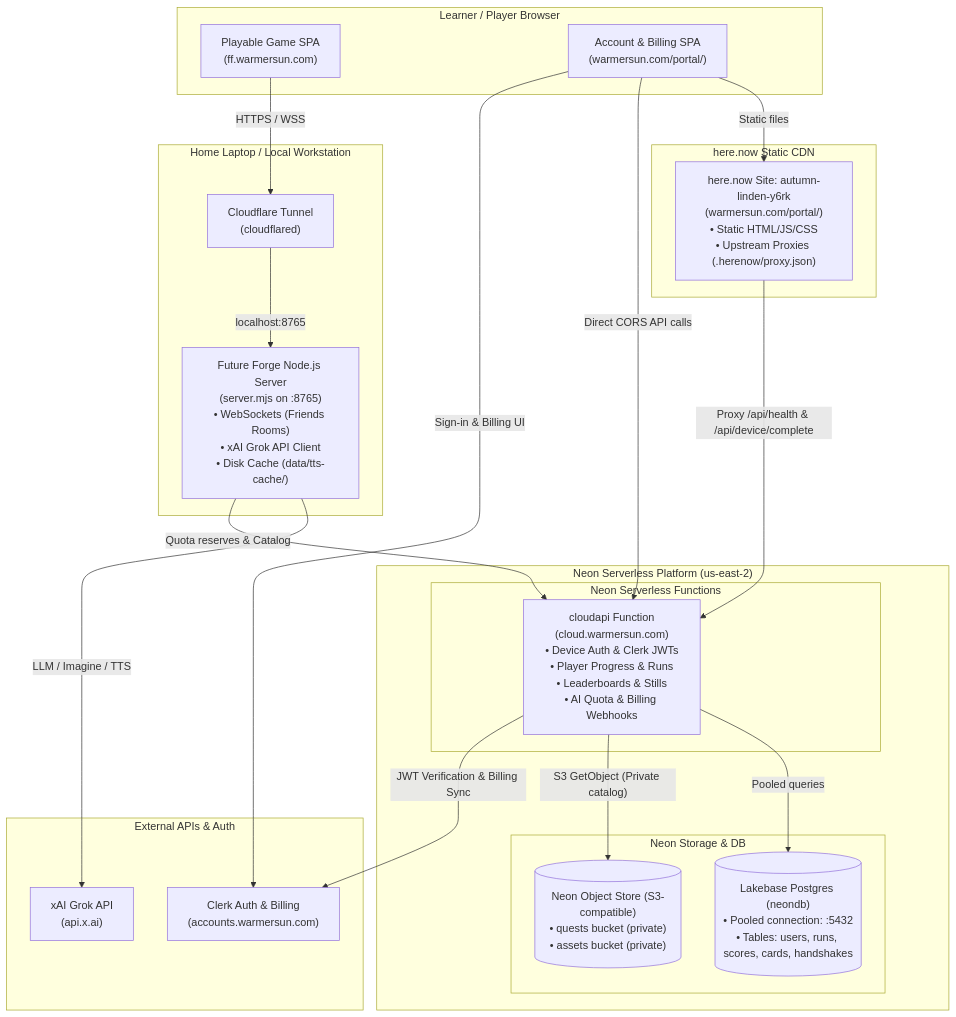
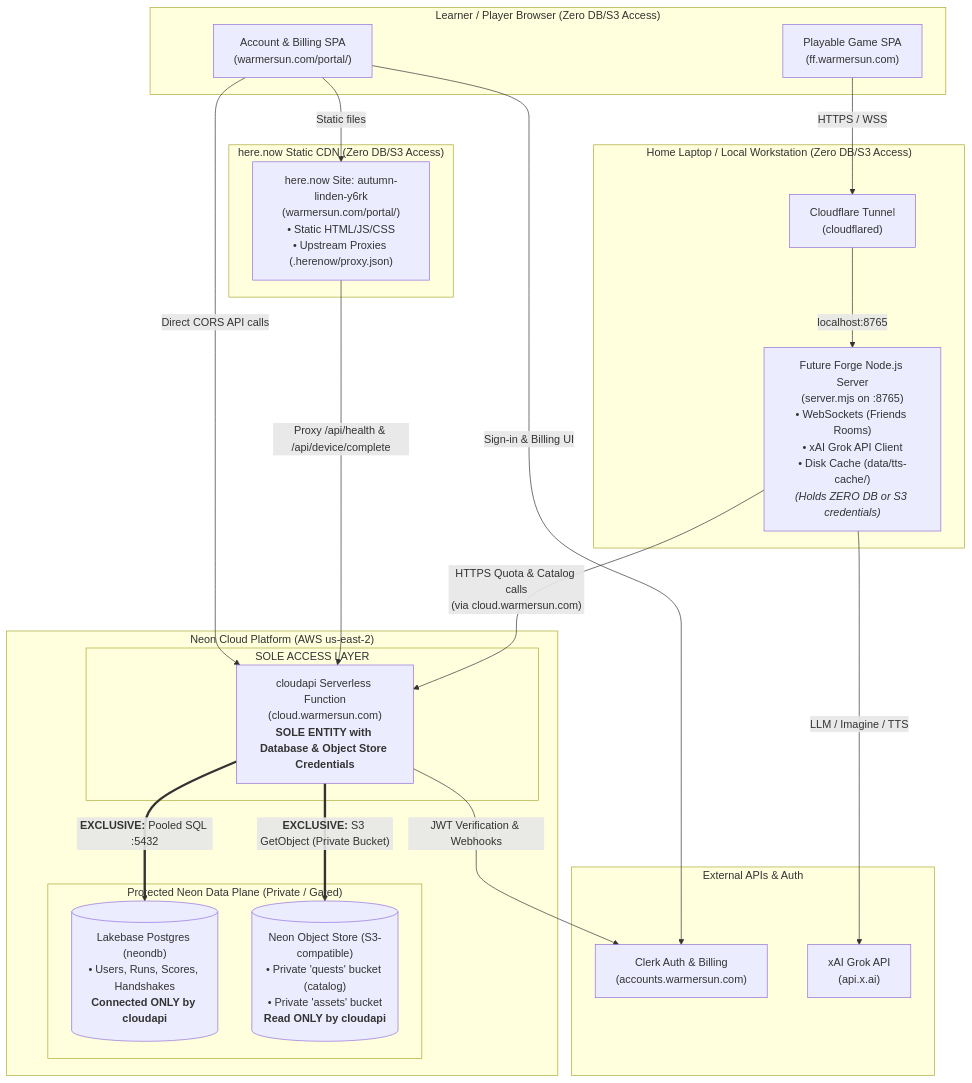
Before and after one commit to warmersun/future-forge: the diagram in docs/deployment-and-environments.md, drawn with Mermaid. The commit also changed other lines of this file, not shown here.

````diff
--- a/docs/deployment-and-environments.md
+++ b/docs/deployment-and-environments.md
@@ -9,47 +9,48 @@
 ```mermaid
 flowchart TB
-    subgraph Browser["Learner / Player Browser"]
+    subgraph Browser["Learner / Player Browser (Zero DB/S3 Access)"]
         GameClient["Playable Game SPA<br/>(ff.warmersun.com)"]
         PortalClient["Account & Billing SPA<br/>(warmersun.com/portal/)"]
     end
 
-    subgraph HomeLaptop["Home Laptop / Local Workstation"]
+    subgraph HomeLaptop["Home Laptop / Local Workstation (Zero DB/S3 Access)"]
         CFTunnel["Cloudflare Tunnel<br/>(cloudflared)"]
-        GameServer["Future Forge Node.js Server<br/>(server.mjs on :8765)<br/>• WebSockets (Friends Rooms)<br/>• xAI Grok API Client<br/>• Disk Cache (data/tts-cache/)"]
+        GameServer["Future Forge Node.js Server<br/>(server.mjs on :8765)<br/>• WebSockets (Friends Rooms)<br/>• xAI Grok API Client<br/>• Disk Cache (data/tts-cache/)<br/><i>(Holds ZERO DB or S3 credentials)</i>"]
     end
 
-    subgraph HereNow["here.now Static CDN"]
+    subgraph HereNow["here.now Static CDN (Zero DB/S3 Access)"]
         HereNowSite["here.now Site: autumn-linden-y6rk<br/>(warmersun.com/portal/)<br/>• Static HTML/JS/CSS<br/>• Upstream Proxies (.herenow/proxy.json)"]
-    end
-
-    subgraph NeonCloud["Neon Serverless Platform (us-east-2)"]
-        subgraph NeonFuncs["Neon Serverless Functions"]
-            CloudApi["cloudapi Function<br/>(cloud.warmersun.com)<br/>• Device Auth & Clerk JWTs<br/>• Player Progress & Runs<br/>• Leaderboards & Stills<br/>• AI Quota & Billing Webhooks"]
-        end
-
-        subgraph NeonStore["Neon Storage & DB"]
-            PostgresDB[("Lakebase Postgres (neondb)<br/>• Pooled connection: :5432<br/>• Tables: users, runs, scores, cards, handshakes")]
-            ObjectStore[("Neon Object Store (S3-compatible)<br/>• quests bucket (private)<br/>• assets bucket (private)")]
-        end
     end
 
     subgraph ExternalServices["External APIs & Auth"]
         Clerk["Clerk Auth & Billing<br/>(accounts.warmersun.com)"]
         XAI["xAI Grok API<br/>(api.x.ai)"]
     end
 
+    subgraph NeonCloud["Neon Cloud Platform (AWS us-east-2)"]
+        subgraph ServerlessIsolation["SOLE ACCESS LAYER"]
+            CloudApi["cloudapi Serverless Function<br/>(cloud.warmersun.com)<br/><b>SOLE ENTITY with Database & Object Store Credentials</b>"]
+        end
+
+        subgraph NeonStorage["Protected Neon Data Plane (Private / Gated)"]
+            PostgresDB[("Lakebase Postgres (neondb)<br/>• Users, Runs, Scores, Handshakes<br/><b>Connected ONLY by cloudapi</b>")]
+            ObjectStore[("Neon Object Store (S3-compatible)<br/>• Private 'quests' bucket (catalog)<br/>• Private 'assets' bucket<br/><b>Read ONLY by cloudapi</b>")]
+        end
+    end
+
     %% Network flows
     GameClient -->|"HTTPS / WSS"| CFTunnel
     CFTunnel -->|"localhost:8765"| GameServer
     GameServer -->|"LLM / Imagine / TTS"| XAI
-    GameServer -->|"Quota reserves & Catalog"| CloudApi
+    GameServer -->|"HTTPS Quota & Catalog calls<br/>(via cloud.warmersun.com)"| CloudApi
 
     PortalClient -->|"Static files"| HereNowSite
     HereNowSite -->|"Proxy /api/health & /api/device/complete"| CloudApi
     PortalClient -->|"Direct CORS API calls"| CloudApi
     PortalClient -->|"Sign-in & Billing UI"| Clerk
 
-    CloudApi -->|"Pooled queries"| PostgresDB
-    CloudApi -->|"S3 GetObject (Private catalog)"| ObjectStore
-    CloudApi -->|"JWT Verification & Billing Sync"| Clerk
+    %% EXCLUSIVE DATABASE & OBJECT STORE ACCESS
+    CloudApi ==>|"<b>EXCLUSIVE:</b> Pooled SQL :5432"| PostgresDB
+    CloudApi ==>|"<b>EXCLUSIVE:</b> S3 GetObject (Private Bucket)"| ObjectStore
+    CloudApi -->|"JWT Verification & Webhooks"| Clerk
 ```
````
